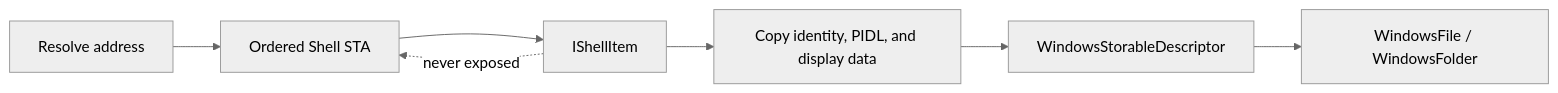
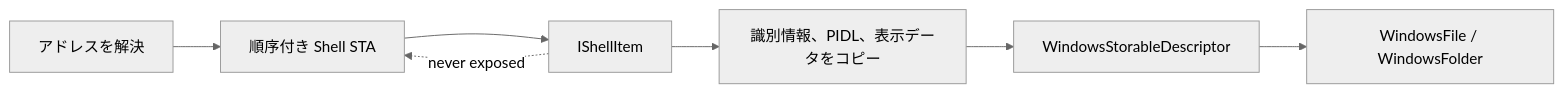
The third of 8 diagrams in docs/architecture/windows-storage.md (0x5bfa/Files), drawn with Mermaid (neutral theme) before and after one commit. The commit also changed other lines of this file and 18 other files, not shown here.

Commit message:
Translate architecture docs to Japanese

````diff
--- a/docs/architecture/windows-storage.md
+++ b/docs/architecture/windows-storage.md
@@ -113,16 +112,16 @@
 ```mermaid
 flowchart LR
-    Request["Resolve address"]
-    STA["Ordered Shell STA"]
+    Request["アドレスを解決"]
+    STA["順序付き Shell STA"]
     Item["IShellItem"]
-    Copy["Copy identity, PIDL, and display data"]
+    Copy["識別情報、PIDL、表示データをコピー"]
     Descriptor["WindowsStorableDescriptor"]
     Model["WindowsFile / WindowsFolder"]
 
     Request --> STA
     STA --> Item
     Item --> Copy
     Copy --> Descriptor
     Descriptor --> Model
     Item -. never exposed .-> STA
 ```
````
